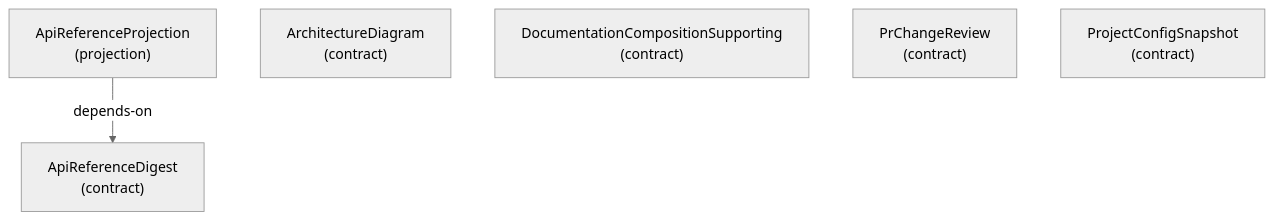
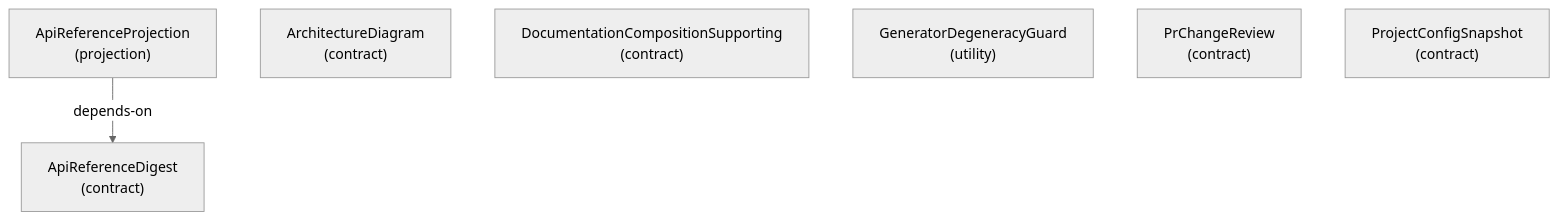
One commit to libar-dev/architect changed the sixth of 23 diagrams in docs-live/ARCHITECTURE.md. Above: the diagram before and after it, drawn with Mermaid (neutral theme). The commit also changed other lines of this file and 18 other files, not shown here.

````diff
--- a/docs-live/ARCHITECTURE.md
+++ b/docs-live/ARCHITECTURE.md
@@ -147,10 +147,11 @@
 ```mermaid
 graph TD
   apireferencedigest["ApiReferenceDigest<br/>(contract)"]
   apireferenceprojection["ApiReferenceProjection<br/>(projection)"]
   architecturediagram["ArchitectureDiagram<br/>(contract)"]
   documentationcompositionsupporting["DocumentationCompositionSupporting<br/>(contract)"]
+  generatordegeneracyguard["GeneratorDegeneracyGuard<br/>(utility)"]
   prchangereview["PrChangeReview<br/>(contract)"]
   projectconfigsnapshot["ProjectConfigSnapshot<br/>(contract)"]
   apireferenceprojection -->|depends-on| apireferencedigest
 ```
````
